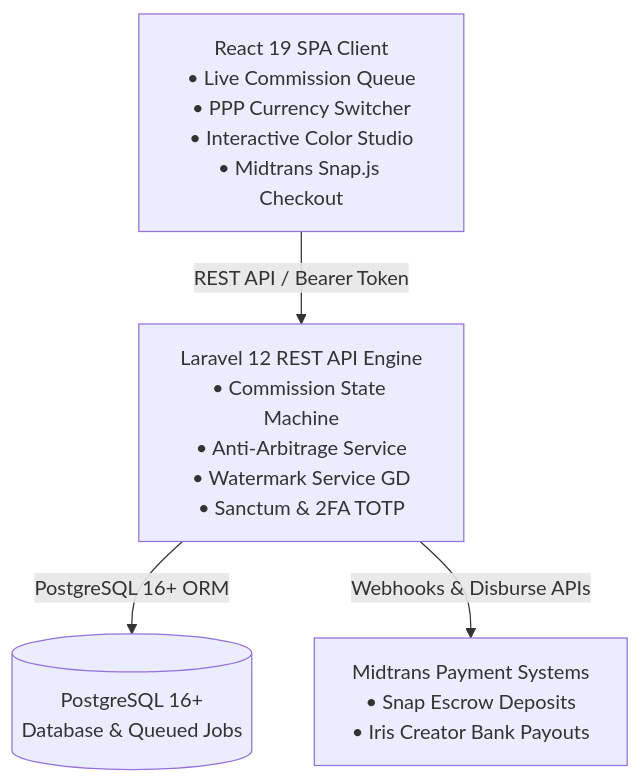
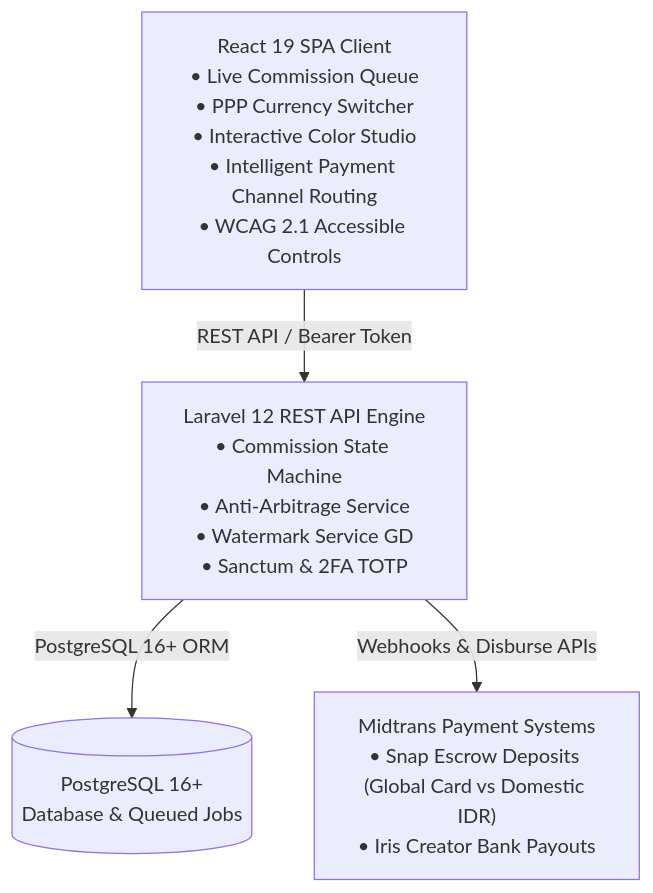
Before and after one commit to LivingToBeATree/UKK: the diagram in Docs/README.md, drawn with Mermaid. The commit also changed other lines of this file and 4 other files, not shown here.

Commit message:
docs: finalize READMEs and backend web docs with intelligent payment routing and accessibility

````diff
--- a/Docs/README.md
+++ b/Docs/README.md
@@ -29,11 +31,11 @@
 ```mermaid
 graph TD
-    Client["React 19 SPA Client<br/>• Live Commission Queue<br/>• PPP Currency Switcher<br/>• Interactive Color Studio<br/>• Midtrans Snap.js Checkout"]
+    Client["React 19 SPA Client<br/>• Live Commission Queue<br/>• PPP Currency Switcher<br/>• Interactive Color Studio<br/>• Intelligent Payment Channel Routing<br/>• WCAG 2.1 Accessible Controls"]
     API["Laravel 12 REST API Engine<br/>• Commission State Machine<br/>• Anti-Arbitrage Service<br/>• Watermark Service GD<br/>• Sanctum & 2FA TOTP"]
     DB[("PostgreSQL 16+<br/>Database & Queued Jobs")]
-    Gateways["Midtrans Payment Systems<br/>• Snap Escrow Deposits<br/>• Iris Creator Bank Payouts"]
+    Gateways["Midtrans Payment Systems<br/>• Snap Escrow Deposits (Global Card vs Domestic IDR)<br/>• Iris Creator Bank Payouts"]
 
     Client -->|"REST API / Bearer Token"| API
     API -->|"PostgreSQL 16+ ORM"| DB
     API -->|"Webhooks & Disburse APIs"| Gateways
 ```
````
